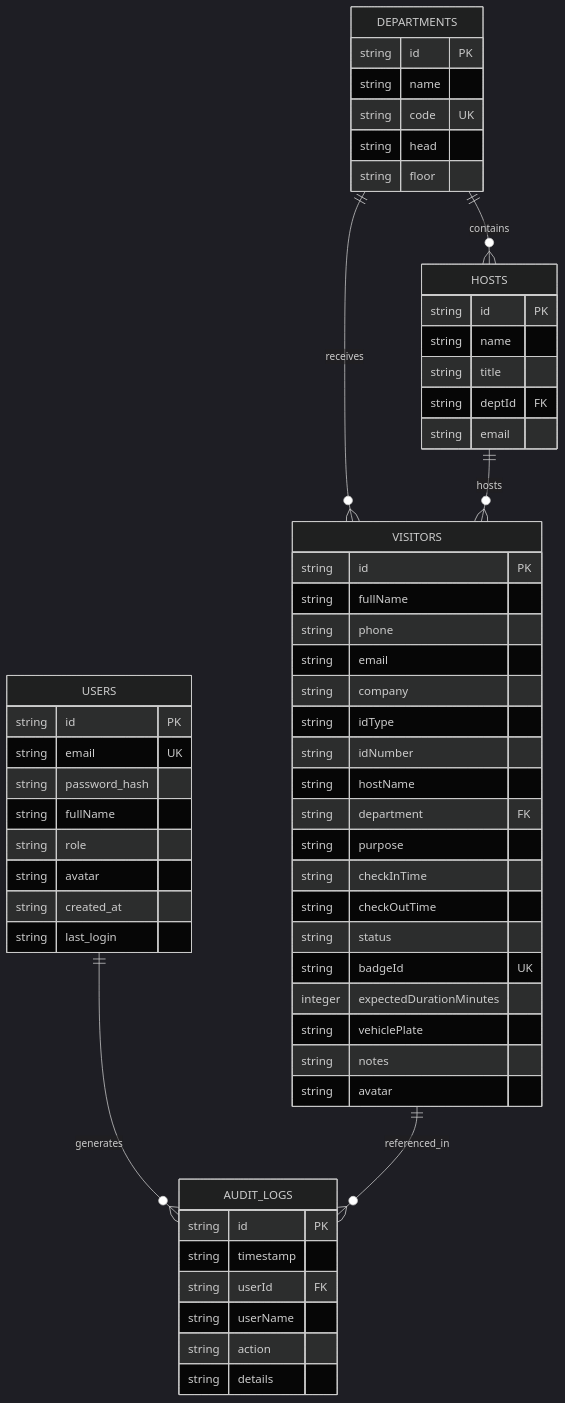
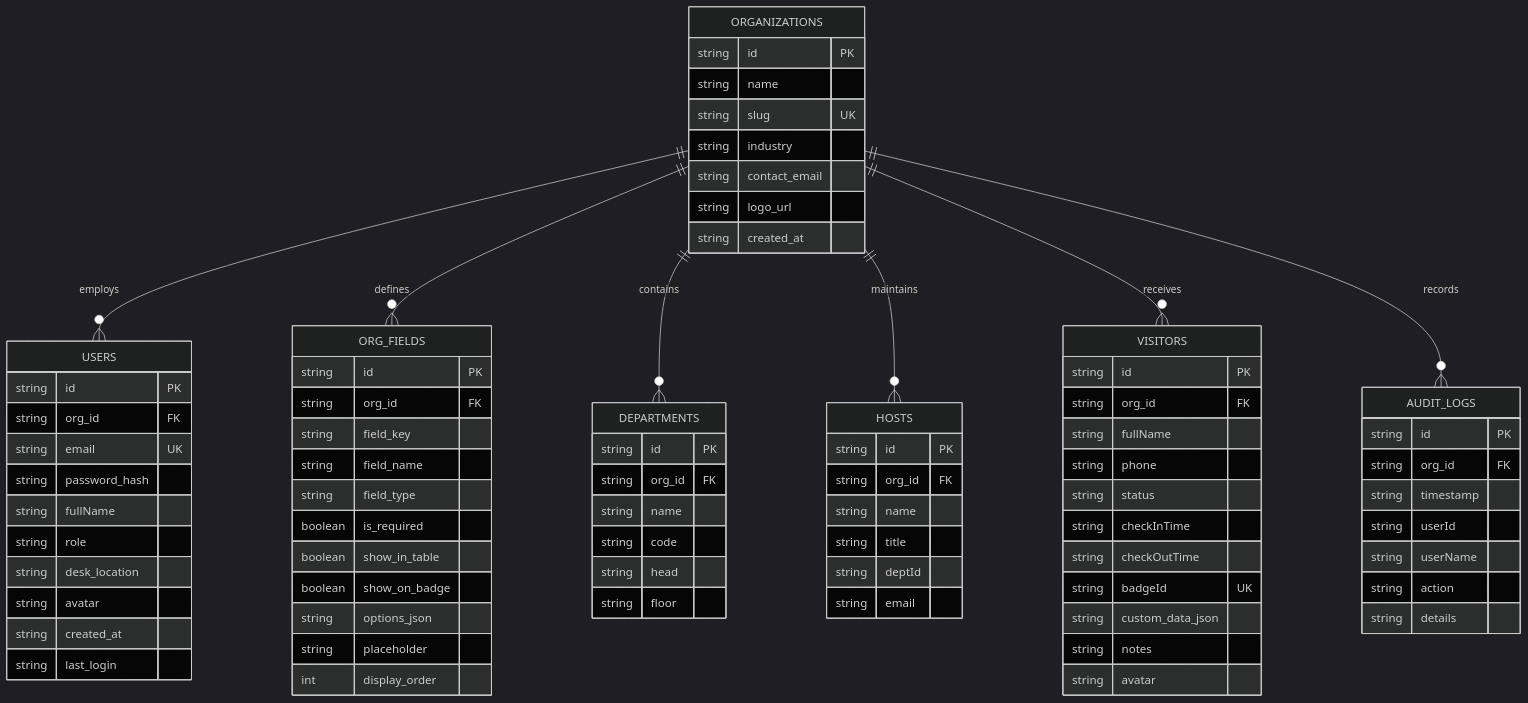
Before and after one commit to VickkiMars/vsms: the diagram in DATABASE_SCHEMA.md, drawn with Mermaid (dark theme). The commit also changed other lines of this file and 17 other files, not shown here.

````diff
--- a/DATABASE_SCHEMA.md
+++ b/DATABASE_SCHEMA.md
@@ -10,17 +10,44 @@
 ```mermaid
 erDiagram
-    USERS ||--o{ AUDIT_LOGS : generates
-    DEPARTMENTS ||--o{ HOSTS : contains
-    DEPARTMENTS ||--o{ VISITORS : receives
-    HOSTS ||--o{ VISITORS : hosts
-    VISITORS ||--o{ AUDIT_LOGS : referenced_in
+    ORGANIZATIONS ||--o{ USERS : employs
+    ORGANIZATIONS ||--o{ ORG_FIELDS : defines
+    ORGANIZATIONS ||--o{ DEPARTMENTS : contains
+    ORGANIZATIONS ||--o{ HOSTS : maintains
+    ORGANIZATIONS ||--o{ VISITORS : receives
+    ORGANIZATIONS ||--o{ AUDIT_LOGS : records
+
+    ORGANIZATIONS {
+        string id PK
+        string name
+        string slug UK
+        string industry
+        string contact_email
+        string logo_url
+        string created_at
+    }
+
+    ORG_FIELDS {
+        string id PK
+        string org_id FK
+        string field_key
+        string field_name
+        string field_type
+        boolean is_required
+        boolean show_in_table
+        boolean show_on_badge
+        string options_json
+        string placeholder
+        int display_order
+    }
 
     USERS {
         string id PK
+        string org_id FK
         string email UK
         string password_hash
         string fullName
         string role
+        string desk_location
         string avatar
         string created_at
         string last_login
@@ -28,45 +55,41 @@
 
     VISITORS {
         string id PK
+        string org_id FK
         string fullName
         string phone
-        string email
-        string company
-        string idType
-        string idNumber
-        string hostName
-        string department FK
-        string purpose
+        string status
         string checkInTime
         string checkOutTime
-        string status
         string badgeId UK
-        integer expectedDurationMinutes
-        string vehiclePlate
+        string custom_data_json
         string notes
         string avatar
     }
 
     DEPARTMENTS {
         string id PK
+        string org_id FK
         string name
-        string code UK
+        string code
         string head
         string floor
     }
 
     HOSTS {
         string id PK
+        string org_id FK
         string name
         string title
-        string deptId FK
+        string deptId
         string email
     }
 
     AUDIT_LOGS {
         string id PK
+        string org_id FK
         string timestamp
-        string userId FK
+        string userId
         string userName
         string action
         string details
````
